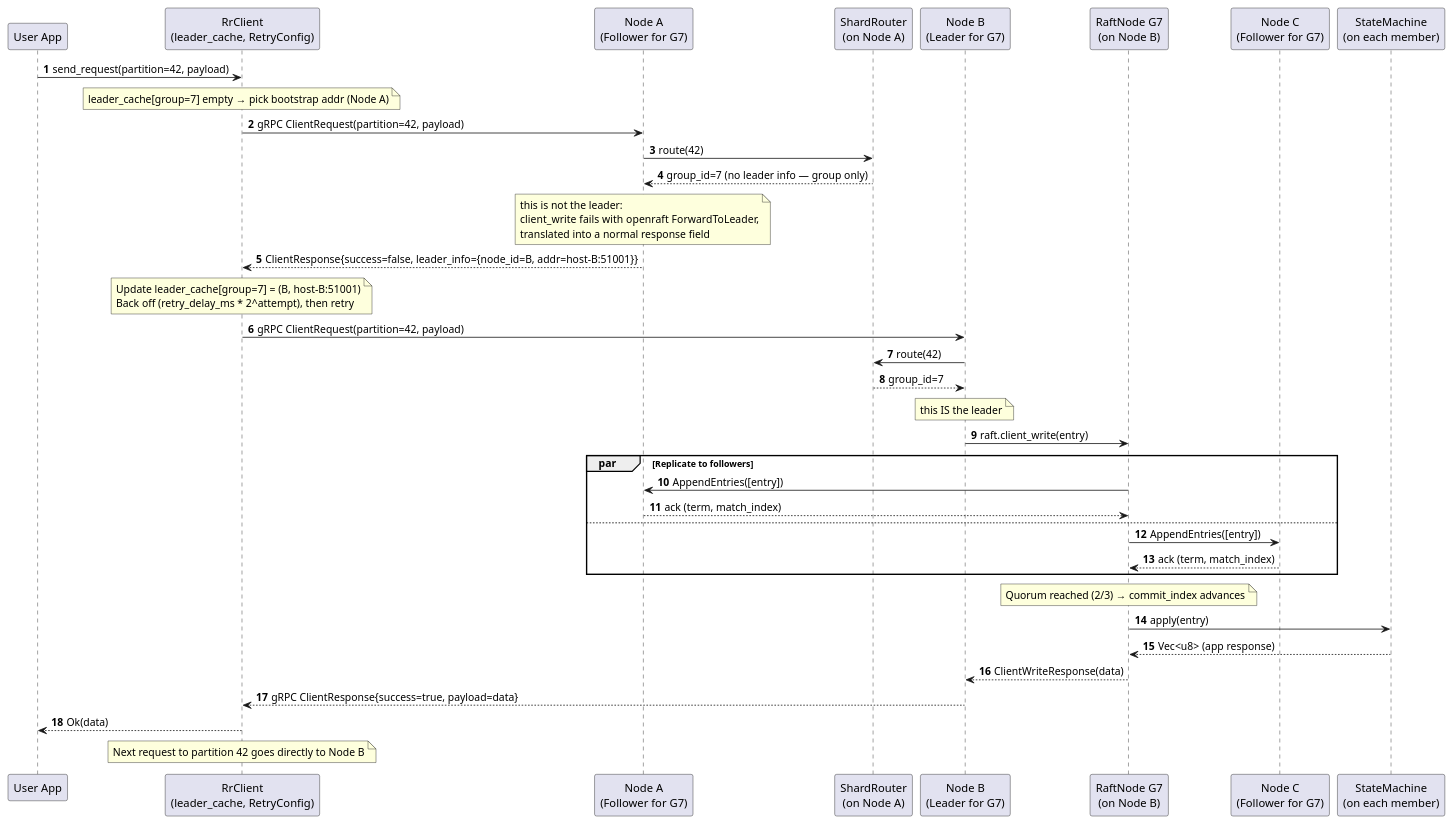
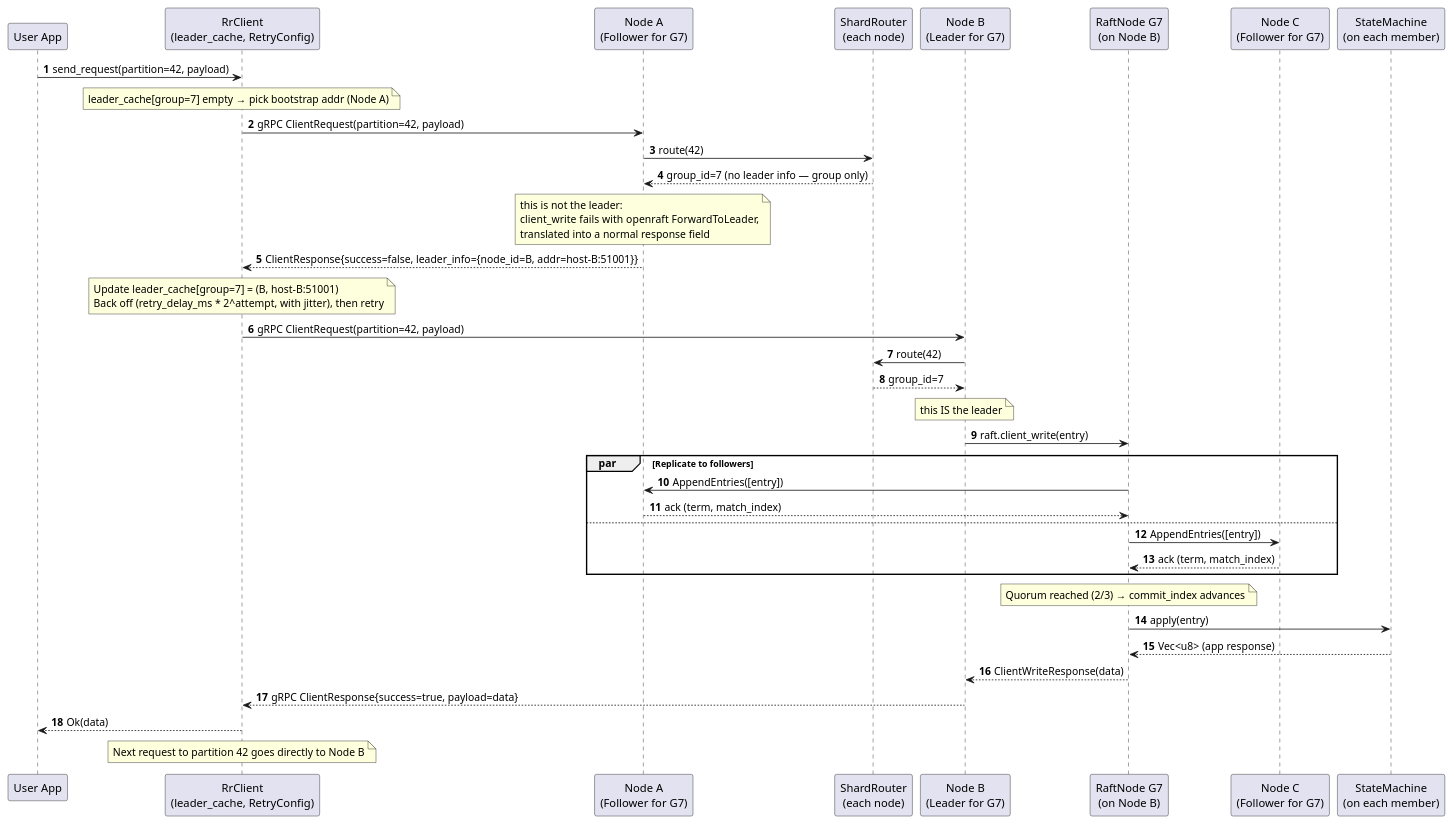
The second of 2 diagrams in docs/docs/architecture/c4/dynamic-put-request.md (gardenias/rr), drawn with PlantUML before and after one commit. The commit also changed other lines of this file and 130 other files, not shown here.

````diff
--- a/docs/docs/architecture/c4/dynamic-put-request.md
+++ b/docs/docs/architecture/c4/dynamic-put-request.md
@@ -53,52 +52,52 @@
 ```plantuml
 @startuml
 autonumber
 participant App as "User App"
 participant Client as "RrClient\n(leader_cache, RetryConfig)"
 participant NodeA as "Node A\n(Follower for G7)"
-participant Router as "ShardRouter\n(on Node A)"
+participant Router as "ShardRouter\n(each node)"
 participant NodeB as "Node B\n(Leader for G7)"
 participant RaftB as "RaftNode G7\n(on Node B)"
 participant NodeC as "Node C\n(Follower for G7)"
 participant SM as "StateMachine\n(on each member)"
 
 App -> Client : send_request(partition=42, payload)
 
 note over Client : leader_cache[group=7] empty → pick bootstrap addr (Node A)
 
 Client -> NodeA : gRPC ClientRequest(partition=42, payload)
 NodeA -> Router : route(42)
 Router --> NodeA : group_id=7 (no leader info — group only)
 
 note over NodeA : this is not the leader:\nclient_write fails with openraft ForwardToLeader,\ntranslated into a normal response field
 NodeA --> Client : ClientResponse{success=false, leader_info={node_id=B, addr=host-B:51001}}
 
-note over Client : Update leader_cache[group=7] = (B, host-B:51001)\nBack off (retry_delay_ms * 2^attempt), then retry
+note over Client : Update leader_cache[group=7] = (B, host-B:51001)\nBack off (retry_delay_ms * 2^attempt, with jitter), then retry
 
 Client -> NodeB : gRPC ClientRequest(partition=42, payload)
 NodeB -> Router : route(42)
 Router --> NodeB : group_id=7
 
 note over NodeB : this IS the leader
 NodeB -> RaftB : raft.client_write(entry)
 
 par Replicate to followers
   RaftB -> NodeA : AppendEntries([entry])
   NodeA --> RaftB : ack (term, match_index)
 else
   RaftB -> NodeC : AppendEntries([entry])
   NodeC --> RaftB : ack (term, match_index)
 end
 
 note over RaftB : Quorum reached (2/3) → commit_index advances
 
 RaftB -> SM : apply(entry)
 SM --> RaftB : Vec<u8> (app response)
 
 RaftB --> NodeB : ClientWriteResponse(data)
 NodeB --> Client : gRPC ClientResponse{success=true, payload=data}
 Client --> App : Ok(data)
 
 note over Client : Next request to partition 42 goes directly to Node B
 @enduml
 ```
````
